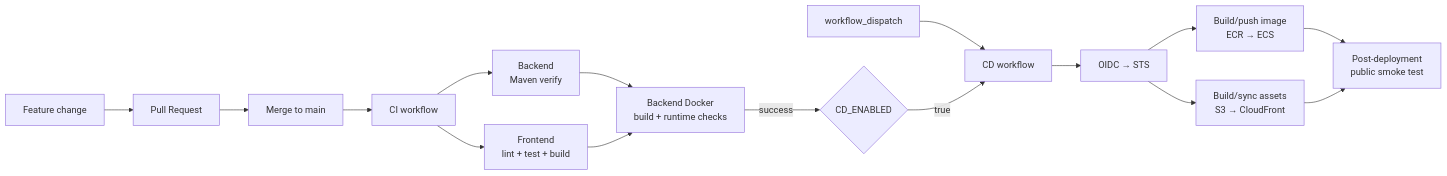
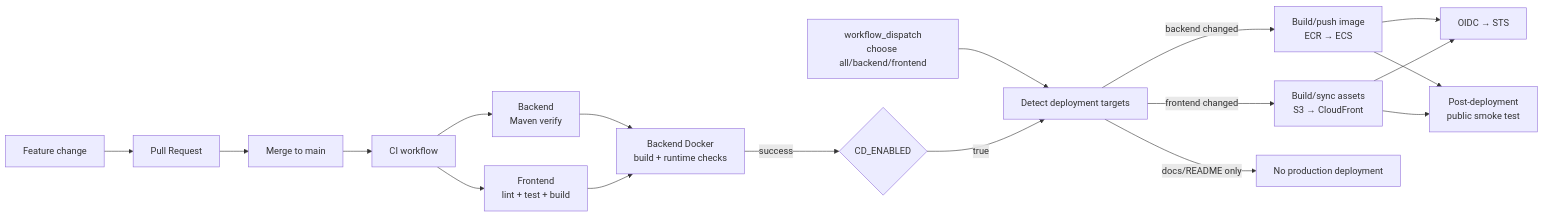
Before and after one commit to chen980729/aws-spring-personality-test: the diagram in docs/deployment/ci-cd.md, drawn with Mermaid. The commit also changed other lines of this file and 4 other files, not shown here.

````diff
--- a/docs/deployment/ci-cd.md
+++ b/docs/deployment/ci-cd.md
@@ -9,21 +9,24 @@
 ```mermaid
 flowchart LR
     Change["Feature change"] --> PR["Pull Request"]
     PR --> Main["Merge to main"]
     Main --> CI["CI workflow"]
 
     CI --> Backend["Backend<br/>Maven verify"]
     CI --> Frontend["Frontend<br/>lint + test + build"]
     Backend --> Docker["Backend Docker<br/>build + runtime checks"]
     Frontend --> Docker
 
     Docker -->|"success"| Gate{"CD_ENABLED"}
-    Manual["workflow_dispatch"] --> CD["CD workflow"]
-    Gate -->|"true"| CD
+    Manual["workflow_dispatch<br/>choose all/backend/frontend"] --> Detect["Detect deployment targets"]
+    Gate -->|"true"| Detect
 
-    CD --> OIDC["OIDC → STS"]
-    OIDC --> BE["Build/push image<br/>ECR → ECS"]
-    OIDC --> FE["Build/sync assets<br/>S3 → CloudFront"]
+    Detect -->|"backend changed"| BE["Build/push image<br/>ECR → ECS"]
+    Detect -->|"frontend changed"| FE["Build/sync assets<br/>S3 → CloudFront"]
+    Detect -->|"docs/README only"| Skip["No production deployment"]
+
+    BE --> OIDC["OIDC → STS"]
+    FE --> OIDC
     BE --> Smoke["Post-deployment<br/>public smoke test"]
     FE --> Smoke
 ```
````
